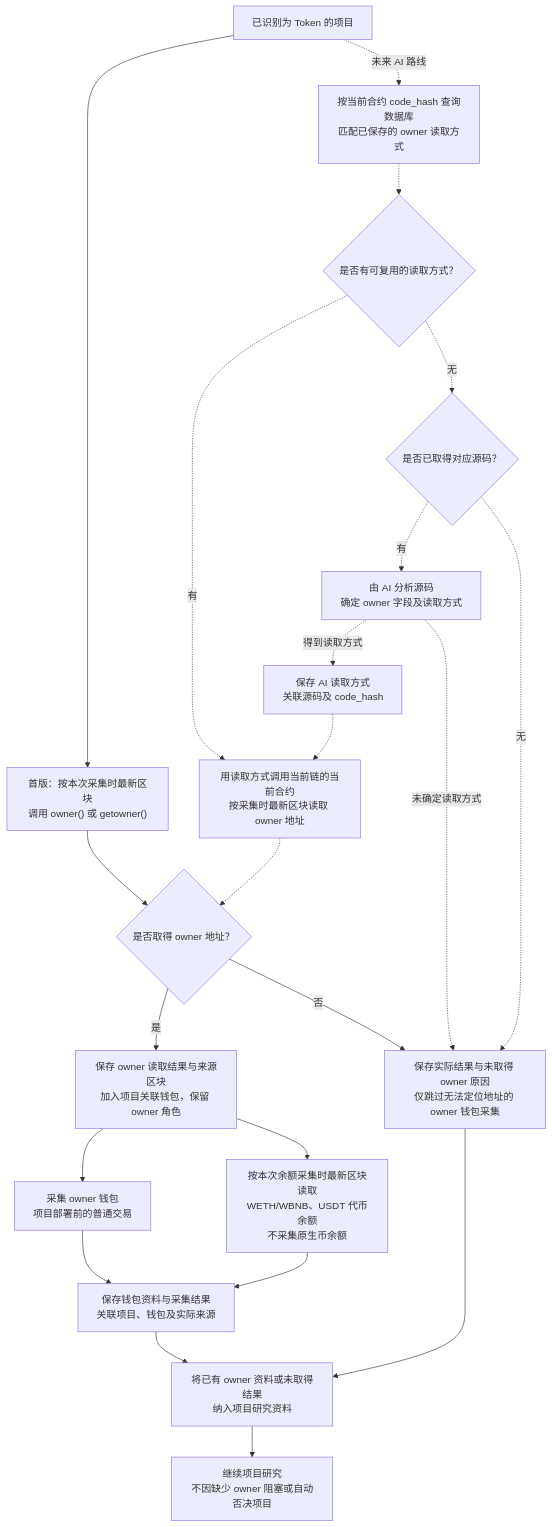
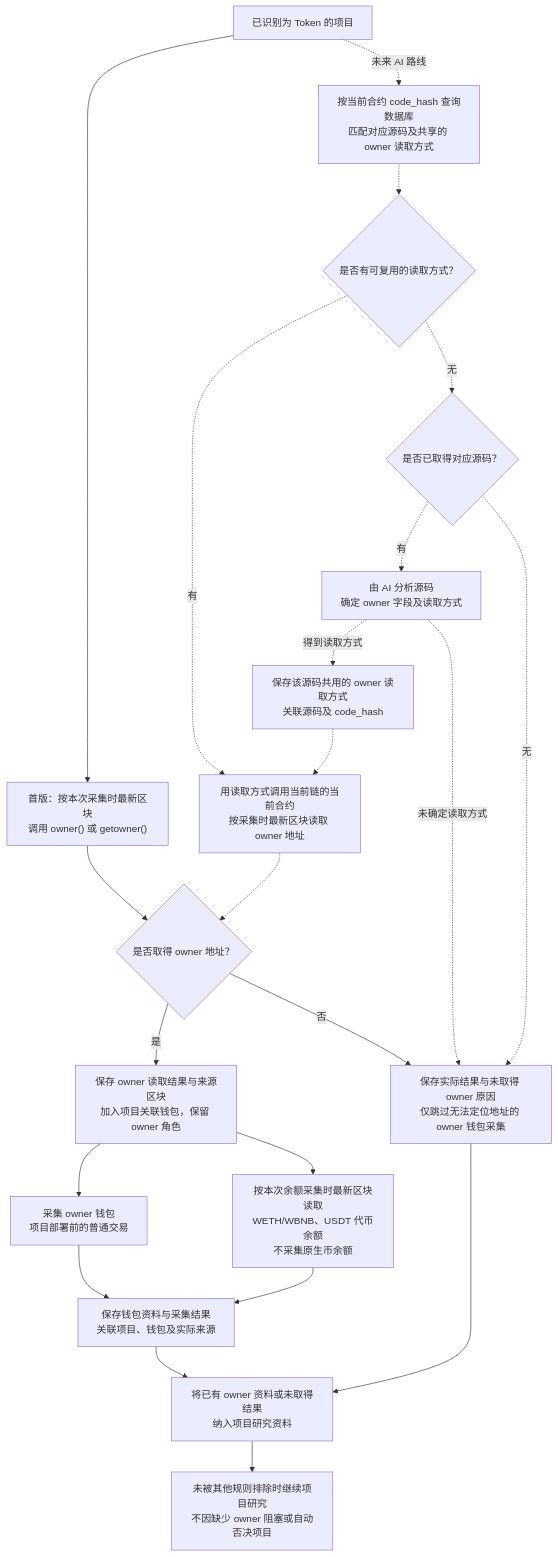
The diagram in docs/project/token-owner-wallet-flow.md (useryege/athena-o), drawn with Mermaid before and after one commit. The commit also changed other lines of this file and 7 other files, not shown here.

````diff
--- a/docs/project/token-owner-wallet-flow.md
+++ b/docs/project/token-owner-wallet-flow.md
@@ -15,25 +17,25 @@
 ```mermaid
 flowchart TD
     project["已识别为 Token 的项目"] --> read["首版：按本次采集时最新区块<br/>调用 owner() 或 getowner()"]
     read --> result{"是否取得 owner 地址？"}
     result -->|"是"| related["保存 owner 读取结果与来源区块<br/>加入项目关联钱包，保留 owner 角色"]
     related --> history["采集 owner 钱包<br/>项目部署前的普通交易"]
     related --> assets["按本次余额采集时最新区块读取<br/>WETH/WBNB、USDT 代币余额<br/>不采集原生币余额"]
     history --> materials["保存钱包资料与采集结果<br/>关联项目、钱包及实际来源"]
     assets --> materials
     result -->|"否"| unavailable["保存实际结果与未取得 owner 原因<br/>仅跳过无法定位地址的 owner 钱包采集"]
     materials --> collected["将已有 owner 资料或未取得结果<br/>纳入项目研究资料"]
     unavailable --> collected
-    collected --> research["继续项目研究<br/>不因缺少 owner 阻塞或自动否决项目"]
+    collected --> research["未被其他规则排除时继续项目研究<br/>不因缺少 owner 阻塞或自动否决项目"]
 
-    project -. 未来 AI 路线 .-> lookup["按当前合约 code_hash 查询数据库<br/>匹配已保存的 owner 读取方式"]
+    project -. 未来 AI 路线 .-> lookup["按当前合约 code_hash 查询数据库<br/>匹配对应源码及共享的 owner 读取方式"]
     lookup -.-> cached{"是否有可复用的读取方式？"}
     cached -. 有 .-> chainRead["用读取方式调用当前链的当前合约<br/>按采集时最新区块读取 owner 地址"]
     cached -. 无 .-> source{"是否已取得对应源码？"}
     source -. 有 .-> analyze["由 AI 分析源码<br/>确定 owner 字段及读取方式"]
     source -. 无 .-> unavailable
-    analyze -. 得到读取方式 .-> saveMethod["保存 AI 读取方式<br/>关联源码及 code_hash"]
+    analyze -. 得到读取方式 .-> saveMethod["保存该源码共用的 owner 读取方式<br/>关联源码及 code_hash"]
     saveMethod -.-> chainRead
     analyze -. 未确定读取方式 .-> unavailable
     chainRead -.-> result
 ```
````
